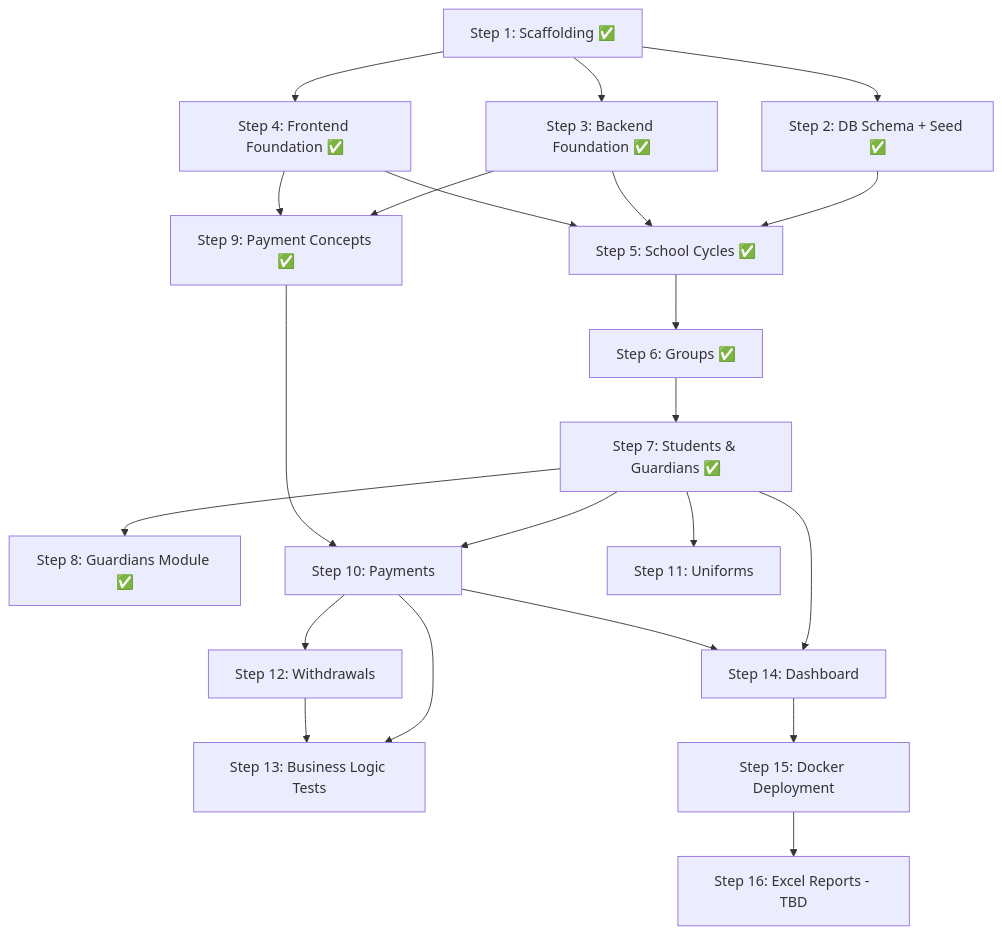
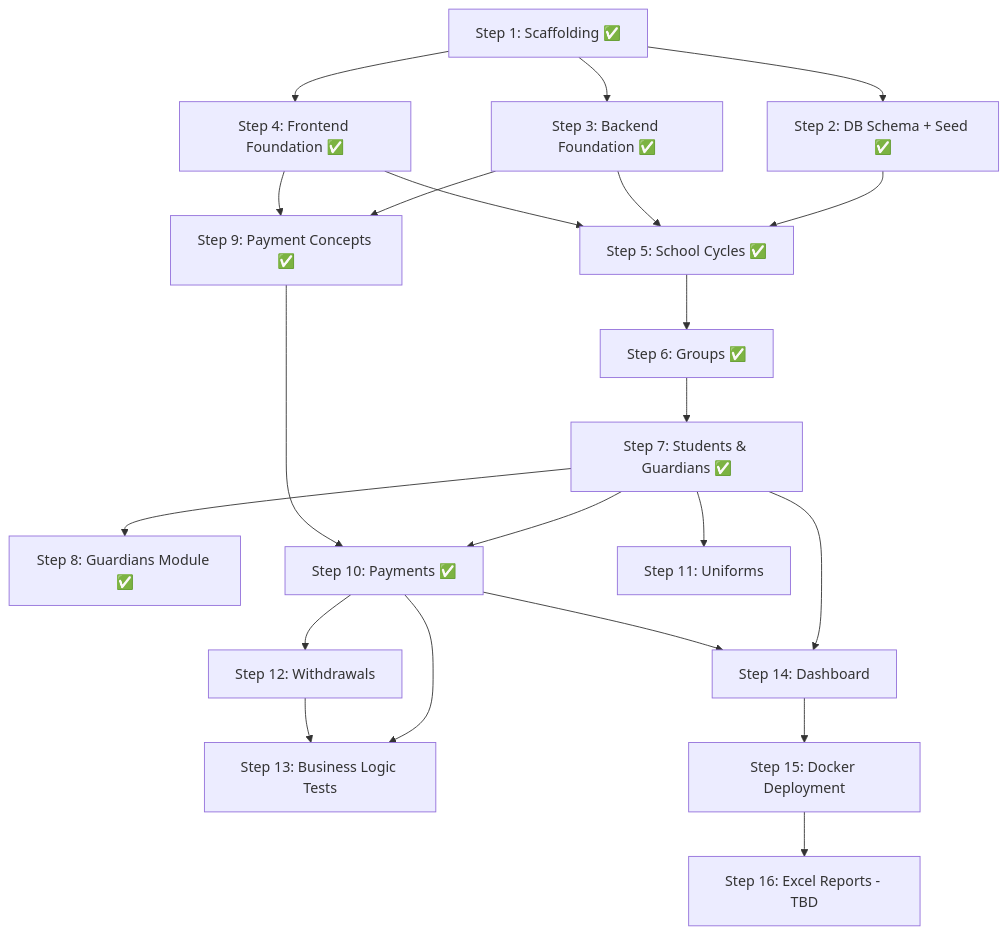
The diagram in docs/implementation-plan.md (OmarERz/Sistema_Gestion_Escolar), drawn with Mermaid before and after one commit. The commit also changed other lines of this file and 4 other files, not shown here.

````diff
--- a/docs/implementation-plan.md
+++ b/docs/implementation-plan.md
@@ -462,34 +462,34 @@
 ```mermaid
 graph TD
     S1[Step 1: Scaffolding ✅] --> S2[Step 2: DB Schema + Seed ✅]
     S1 --> S3[Step 3: Backend Foundation ✅]
     S1 --> S4[Step 4: Frontend Foundation ✅]
 
     S2 --> S5[Step 5: School Cycles ✅]
     S3 --> S5
     S4 --> S5
 
     S5 --> S6[Step 6: Groups ✅]
     S6 --> S7[Step 7: Students & Guardians ✅]
 
     S7 --> S8[Step 8: Guardians Module ✅]
 
     S3 --> S9[Step 9: Payment Concepts ✅]
     S4 --> S9
 
-    S7 --> S10[Step 10: Payments]
+    S7 --> S10[Step 10: Payments ✅]
     S9 --> S10
 
     S7 --> S11[Step 11: Uniforms]
     S10 --> S12[Step 12: Withdrawals]
 
     S10 --> S13[Step 13: Business Logic Tests]
     S12 --> S13
 
     S7 --> S14[Step 14: Dashboard]
     S10 --> S14
 
     S14 --> S15[Step 15: Docker Deployment]
 
     S15 --> S16[Step 16: Excel Reports - TBD]
 ```
````
